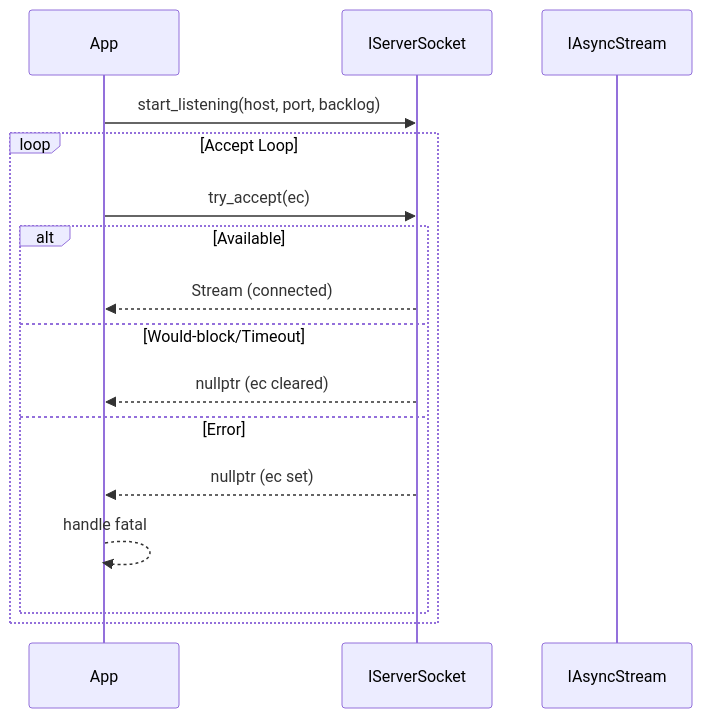
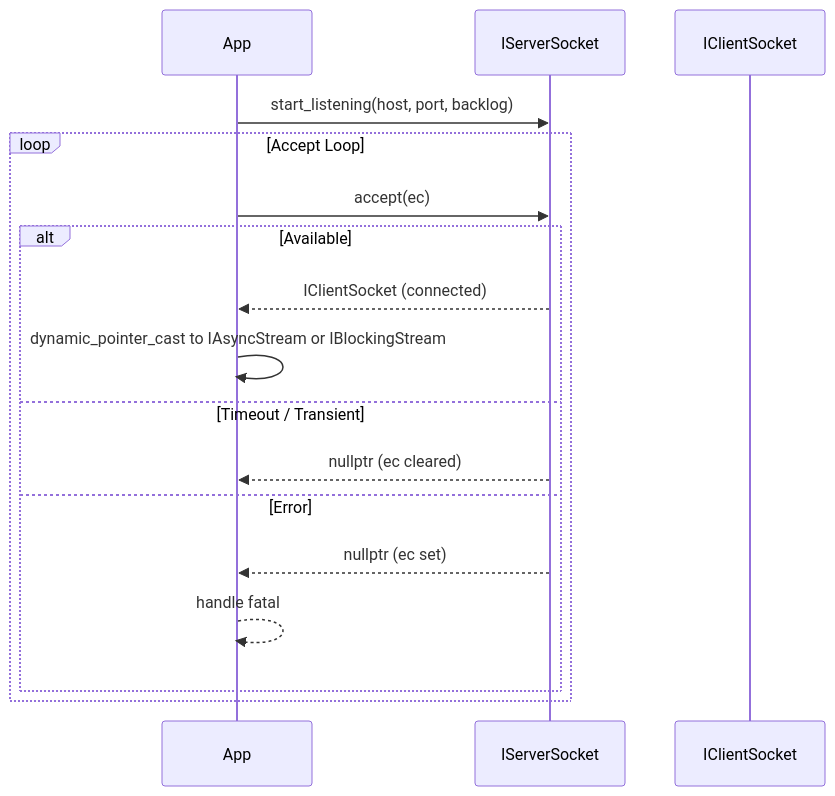
The diagram in transport/socket/README.md (ilya-yusim/task-messenger), drawn with Mermaid before and after one commit. The commit also changed other lines of this file and 75 other files, not shown here.

````diff
--- a/transport/socket/README.md
+++ b/transport/socket/README.md
@@ -113,18 +111,19 @@
 ```mermaid
 sequenceDiagram
   participant App
   participant Server as IServerSocket
-  participant Stream as IAsyncStream
+  participant Client as IClientSocket
   App->>Server: start_listening(host, port, backlog)
   loop Accept Loop
-    App->>Server: try_accept(ec)
+    App->>Server: accept(ec)
     alt Available
-      Server-->>App: Stream (connected)
-    else Would-block/Timeout
+      Server-->>App: IClientSocket (connected)
+      App->>App: dynamic_pointer_cast to IAsyncStream or IBlockingStream
+    else Timeout / Transient
       Server-->>App: nullptr (ec cleared)
     else Error
       Server-->>App: nullptr (ec set)
       App-->>App: handle fatal
     end
   end
 ```
````
